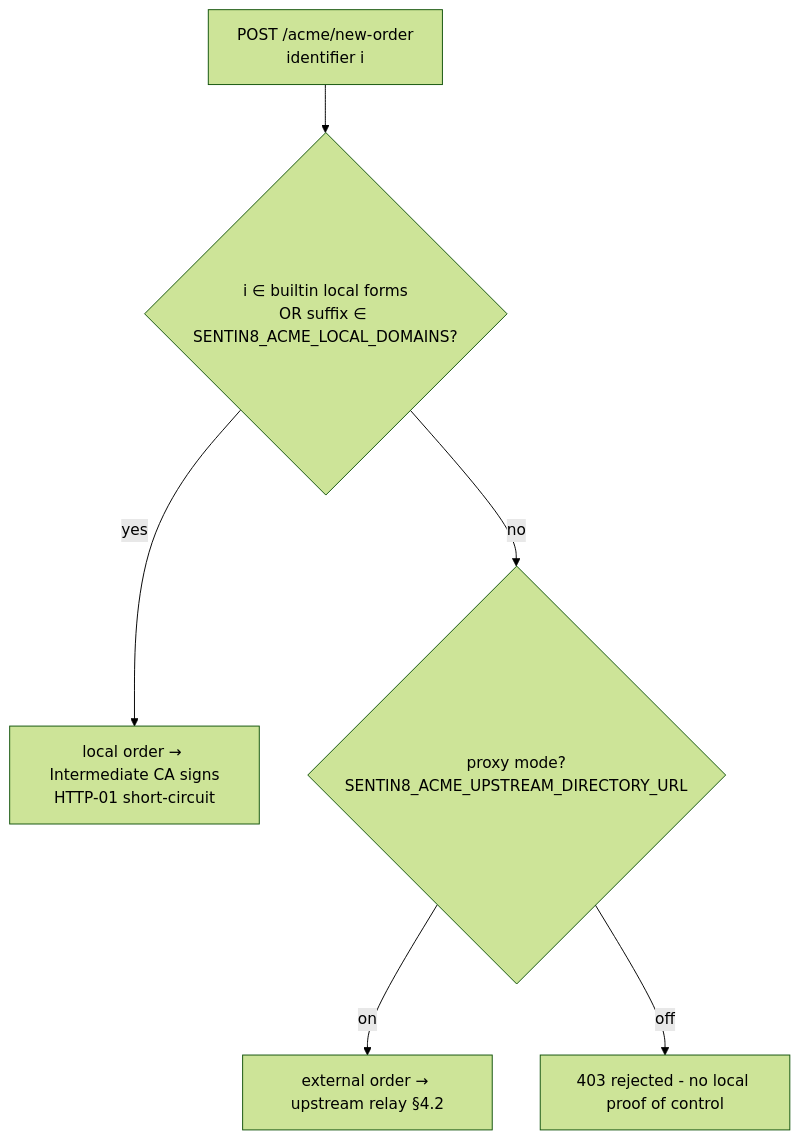
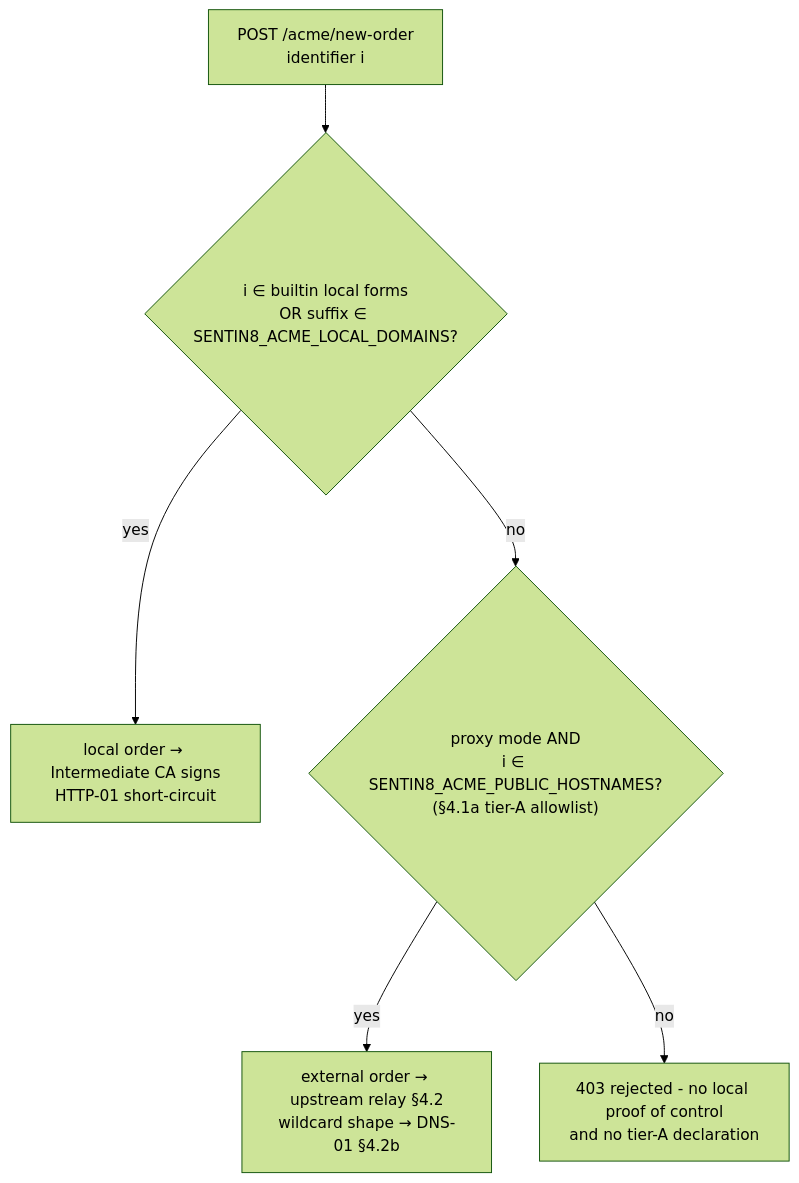
Before and after one commit to Sentin8/sentin8-acme: the ninth of 15 diagrams in DESIGN.md, drawn with Mermaid (forest theme). The commit also changed other lines of this file and 9 other files, not shown here.

````diff
--- a/DESIGN.md
+++ b/DESIGN.md
@@ -558,8 +602,8 @@
 ```mermaid
 flowchart TD
     O["POST /acme/new-order<br/>identifier i"] --> B{"i ∈ builtin local forms<br/>OR suffix ∈ SENTIN8_ACME_LOCAL_DOMAINS?"}
     B -- yes --> L[local order → Intermediate CA signs<br/>HTTP-01 short-circuit]
-    B -- no --> U{"proxy mode?<br/>SENTIN8_ACME_UPSTREAM_DIRECTORY_URL"}
-    U -- "on" --> P[external order → upstream relay §4.2]
-    U -- "off" --> R["403 rejected - no local proof of control"]
+    B -- no --> W{"proxy mode AND<br/>i ∈ SENTIN8_ACME_PUBLIC_HOSTNAMES?<br/>(§4.1a tier-A allowlist)"}
+    W -- yes --> P[external order → upstream relay §4.2<br/>wildcard shape → DNS-01 §4.2b]
+    W -- no --> R["403 rejected - no local proof of control<br/>and no tier-A declaration"]
 ```
````
